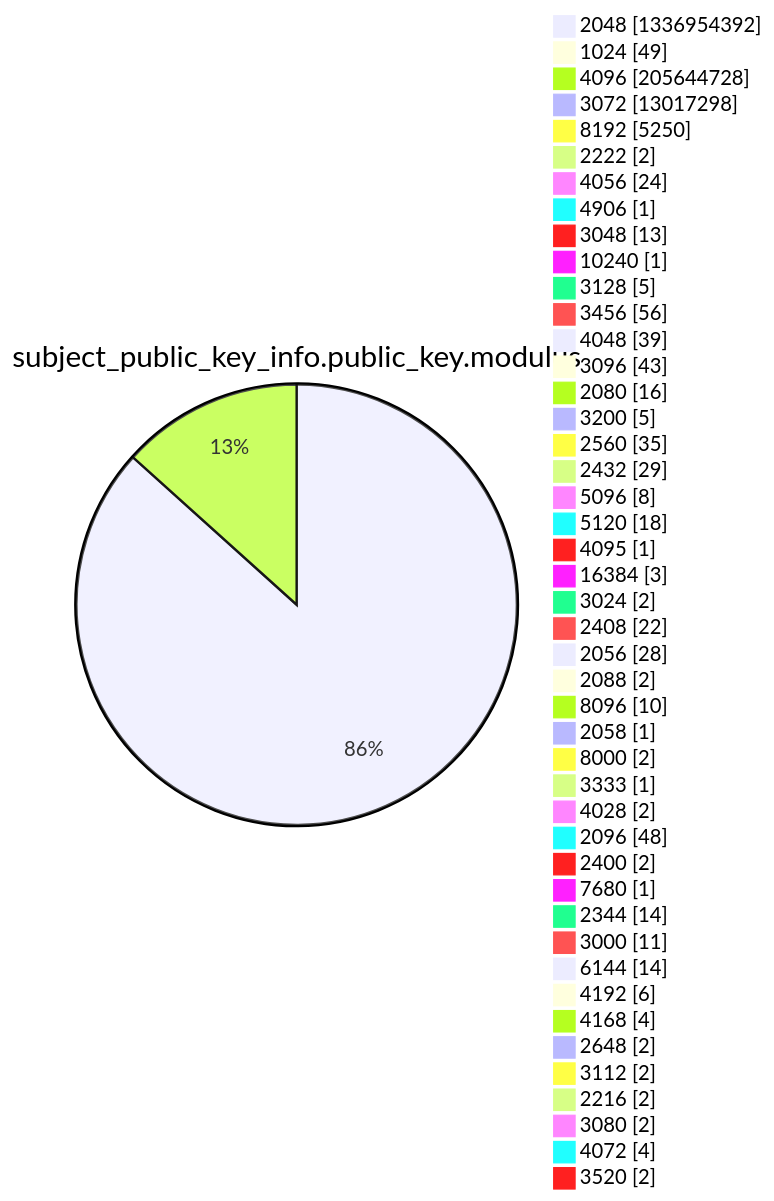
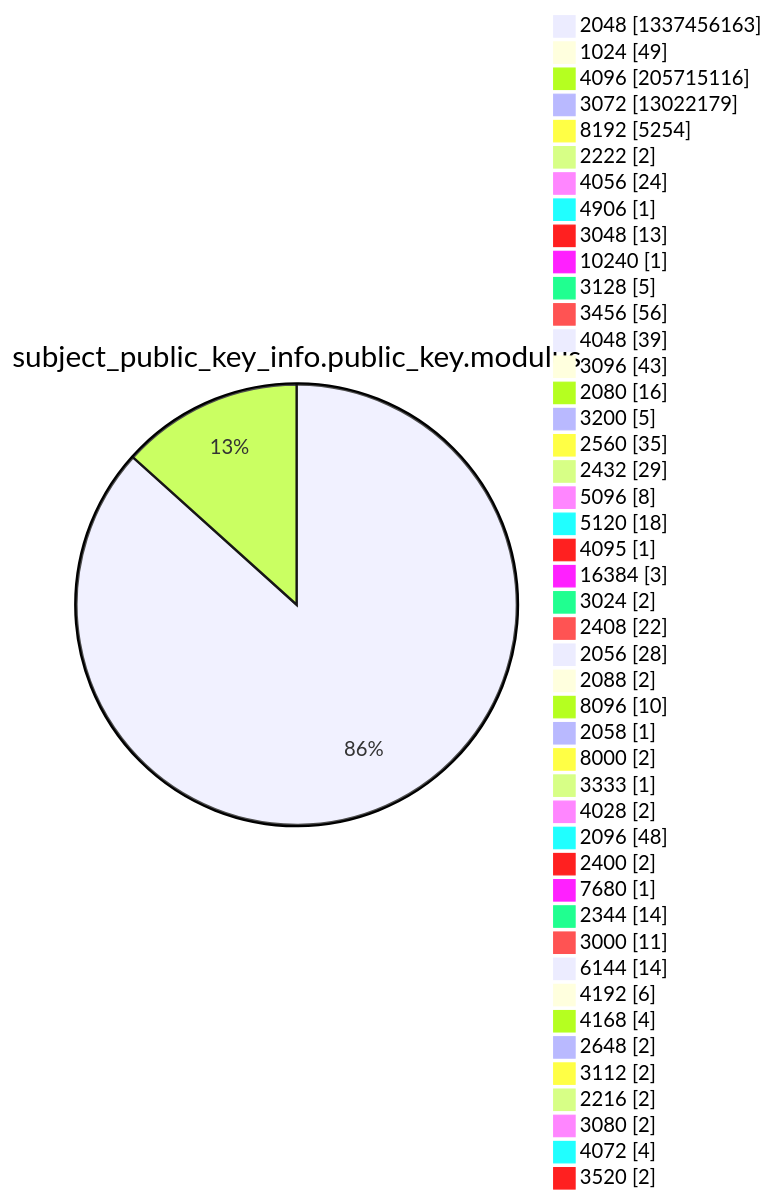
Diagram 13 of 15 in xenon2022/README.md (christiankrug/ctmonitor_visualization), drawn with Mermaid before and after one commit. The commit also changed other lines of this file, not shown here.

````diff
--- a/xenon2022/README.md
+++ b/xenon2022/README.md
@@ -3926,49 +3926,49 @@
 ```mermaid
 pie showData
 title subject_public_key_info.public_key.modulus
-"2048" :1336954392
+"2048" :1337456163
 "1024" :49
-"4096" :205644728
-"3072" :13017298
-"8192" :5250
+"4096" :205715116
+"3072" :13022179
+"8192" :5254
 "2222" :2
 "4056" :24
 "4906" :1
 "3048" :13
 "10240" :1
 "3128" :5
 "3456" :56
 "4048" :39
 "3096" :43
 "2080" :16
 "3200" :5
 "2560" :35
 "2432" :29
 "5096" :8
 "5120" :18
 "4095" :1
 "16384" :3
 "3024" :2
 "2408" :22
 "2056" :28
 "2088" :2
 "8096" :10
 "2058" :1
 "8000" :2
 "3333" :1
 "4028" :2
 "2096" :48
 "2400" :2
 "7680" :1
 "2344" :14
 "3000" :11
 "6144" :14
 "4192" :6
 "4168" :4
 "2648" :2
 "3112" :2
 "2216" :2
 "3080" :2
 "4072" :4
 "3520" :2
 ```
````
